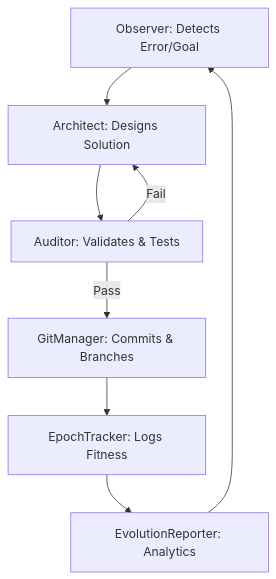
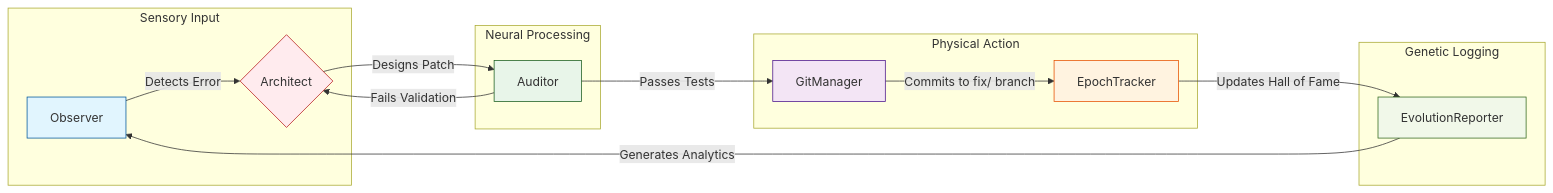
One commit to AGI-Corporation/evolution-agent changed the first of 2 diagrams in README.md. Above: the diagram before and after it, drawn with Mermaid. The commit also changed other lines of this file, not shown here.

First line of the commit message:
Enhance README with badges and architecture updatesdocs: add colorful badges, mermaid diagrams, and sequence charts to README

````diff
--- a/README.md
+++ b/README.md
@@ -47,10 +28,28 @@
 ```mermaid
-graph TD
-    A[Observer: Detects Error/Goal] --> B[Architect: Designs Solution]
-    B --> C[Auditor: Validates & Tests]
-    C -- Pass --> D[GitManager: Commits & Branches]
-    C -- Fail --> B
-    D --> E[EpochTracker: Logs Fitness]
-    E --> F[EvolutionReporter: Analytics]
-    F --> A
+graph LR
+    subgraph Sensory_Input [Sensory Input]
+    A[Observer] -- "Detects Error" --> B{Architect}
+    end
+
+    subgraph Neural_Processing [Neural Processing]
+    B -- "Designs Patch" --> C[Auditor]
+    C -- "Fails Validation" --> B
+    end
+
+    subgraph Physical_Action [Physical Action]
+    C -- "Passes Tests" --> D[GitManager]
+    D -- "Commits to fix/ branch" --> E[EpochTracker]
+    end
+
+    subgraph Genetic_Logging [Genetic Logging]
+    E -- "Updates Hall of Fame" --> F[EvolutionReporter]
+    F -- "Generates Analytics" --> A
+    end
+
+    style A fill:#e1f5fe,stroke:#01579b
+    style B fill:#ffebee,stroke:#b71c1c
+    style C fill:#e8f5e9,stroke:#1b5e20
+    style D fill:#f3e5f5,stroke:#4a148c
+    style E fill:#fff3e0,stroke:#e65100
+    style F fill:#f1f8e9,stroke:#33691e
 ```
````
